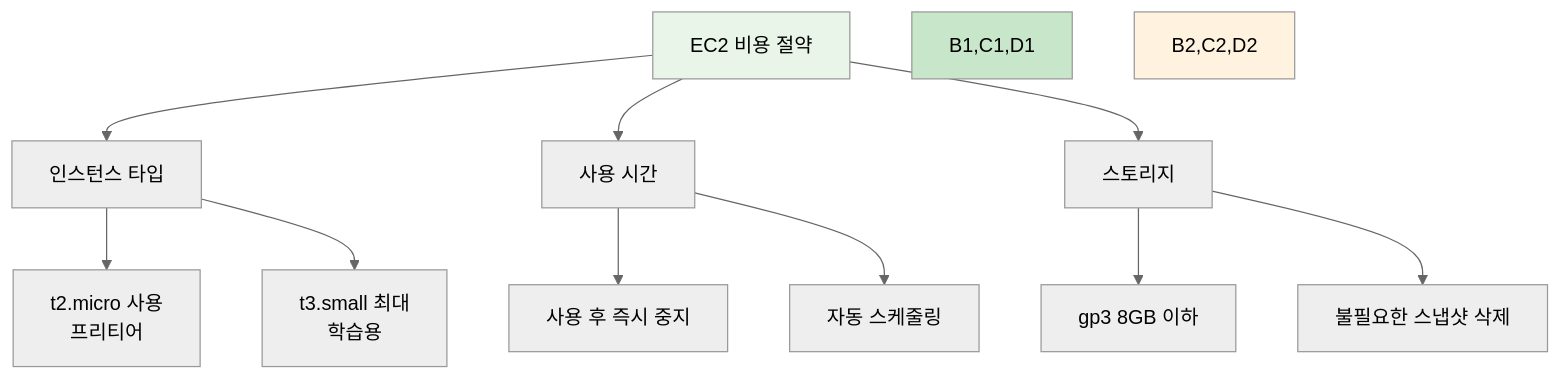
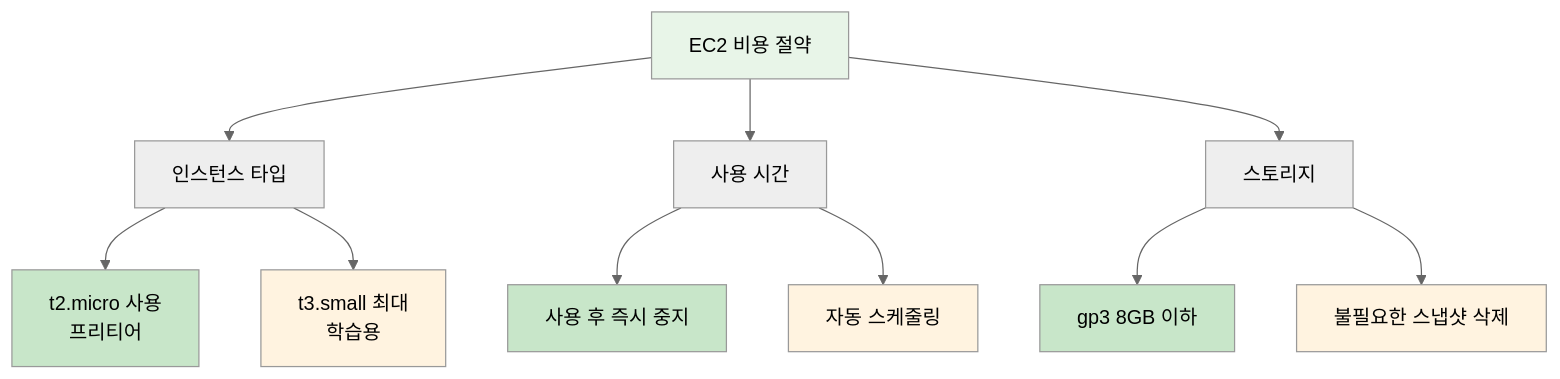
One commit to niceguy61/kdt_devops_lecture_2025 changed the third of 4 diagrams in theory/guide/aws_account_setup_guide.md. Above: the diagram before and after it, drawn with Mermaid (neutral theme). The commit also changed other lines of this file, not shown here.

Commit message:
mermaid 수정

````diff
--- a/theory/guide/aws_account_setup_guide.md
+++ b/theory/guide/aws_account_setup_guide.md
@@ -353,19 +356,23 @@
 ```mermaid
 graph TB
     A[EC2 비용 절약] --> B[인스턴스 타입]
     A --> C[사용 시간]
     A --> D[스토리지]
     
     B --> B1[t2.micro 사용<br/>프리티어]
     B --> B2[t3.small 최대<br/>학습용]
     
     C --> C1[사용 후 즉시 중지]
     C --> C2[자동 스케줄링]
     
     D --> D1[gp3 8GB 이하]
     D --> D2[불필요한 스냅샷 삭제]
     
     style A fill:#e8f5e8
-    style B1,C1,D1 fill:#c8e6c9
-    style B2,C2,D2 fill:#fff3e0
+    style B1 fill:#c8e6c9
+    style C1 fill:#c8e6c9
+    style D1 fill:#c8e6c9
+    style B2 fill:#fff3e0
+    style C2 fill:#fff3e0
+    style D2 fill:#fff3e0
 ```
````
